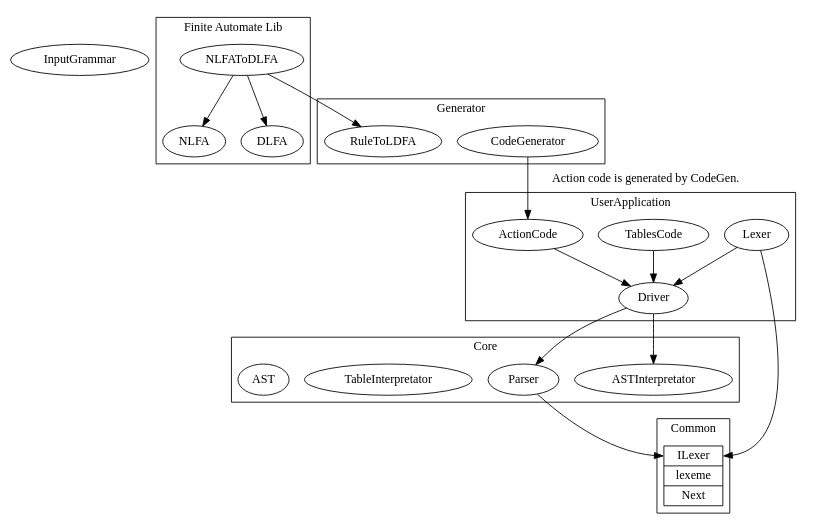
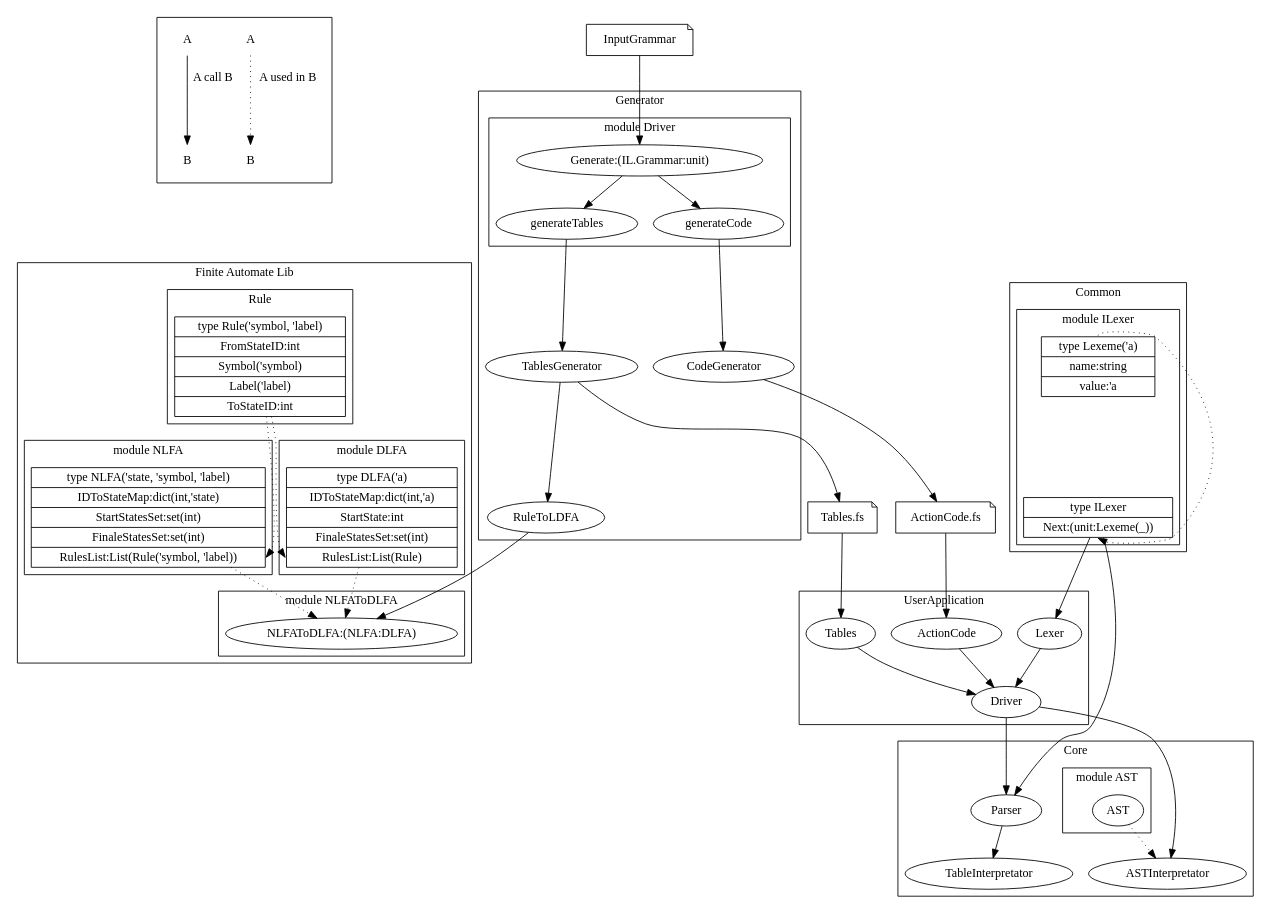
The diagram in Docs/ProjectDocumentation/RACCStructure/structure.dot (YaccConstructor/YaccConstructor), drawn with Graphviz before and after one commit.

```diff
--- a/Docs/ProjectDocumentation/RACCStructure/structure.dot
+++ b/Docs/ProjectDocumentation/RACCStructure/structure.dot
@@ -1,59 +1,143 @@
 digraph RACCStructure
 {        
-        InputGrammar;
+        subgraph cluster_Help
+        {
+                x1 [shape = none, label = "A"];
+                x2 [shape = none, label = "B"];
+                x1 -> x2 [style = dotted, label = " A used in B"];
+                x3 [shape = none, label = "A"];
+                x4 [shape = none, label = "B"];
+//                x5 [shape = none, label = "A"];
+                x3 -> x4 [label = " A call B"];                
+        }
+        
+        InputGrammar [shape = note];
+        f_ActionCode [shape = note, label = "ActionCode.fs"];
+        f_Tables [shape = note, label = "Tables.fs"];
+        //v_ASTTree1 [shape = note, label = "ParseTree"];
+        //v_ASTTree2 [shape = note, label = "ParseTree"];
 
         subgraph cluster_UserApplication
         {
                 label="UserApplication";
-                TablesCode;
+                Tables;
                 ActionCode;
                 Driver;
                 Lexer;
-                TablesCode -> Driver;                      
+                Tables -> Driver;                      
                 ActionCode -> Driver;
                 Lexer -> Driver;
         }
 
-        Lexer -> ILexer:title;
+        ILexer -> Lexer;
         Driver -> Parser;
         Driver -> ASTInterpretator;
         
         subgraph cluster_Generator
         {
-                label="Generator";
-                CodeGenerator;                                
+                label="Generator";                
+                TablesGenerator;
+
+                subgraph cluster_g_Driver
+                {
+                        label = "module Driver";
+                        Generate [label = "Generate:(IL.Grammar:unit)"];
+                        generateCode;
+                        generateTables;
+                        Generate -> generateCode;
+                        Generate -> generateTables;
+                }
+                
+                CodeGenerator;
                 RuleToLDFA;
+                generateCode -> CodeGenerator;
+                generateTables -> TablesGenerator;
+                TablesGenerator -> RuleToLDFA;
         }
-
-        NLFAToDLFA -> RuleToLDFA;        
-        CodeGenerator -> ActionCode [label="Action code is generated by CodeGen."];
+        
+        TablesGenerator -> f_Tables
+        InputGrammar -> Generate;
+        RuleToLDFA -> NLFAToDLFA;        
+        CodeGenerator -> f_ActionCode;
+        f_ActionCode -> ActionCode;
+        f_Tables -> Tables
 
         subgraph cluster_Core
         {
                 label="Core";
                 Parser;
                 ASTInterpretator; 
                 TableInterpretator;
-                AST;               
+                subgraph cluster_AST
+                {
+                        label = "module AST"
+                        AST;
+                }
+                
+                
+                AST -> ASTInterpretator [style = dotted];
+                Parser -> TableInterpretator
         }
 
-        Parser -> ILexer:title;
+        ILexer -> Parser;
         
         subgraph cluster_Common
         {
-                label="Common";                
-                ILexer [  shape = record
-                        , label = "{<title> ILexer | <lexeme> lexeme | <next> Next}"];
+                label="Common";
+
+                subgraph cluster_ILexer
+                {
+                        label = "module ILexer";
+                        ILexer [  shape = record
+                                , label = "{<title> type ILexer | <next> Next:(unit:Lexeme(_))}"];
+                        Lexeme [  shape = record
+                                , label = "{<title> type Lexeme('a) | <l_name>  name:string | <value>  value:'a}"];
+                        Lexeme:title -> ILexer:next [style = dotted];
+                }                
         }
         
         subgraph cluster_FALib
         {
                 label="Finite Automate Lib";
-                NLFA;
-                DLFA;
-                NLFAToDLFA;
-                NLFAToDLFA -> NLFA;
-                NLFAToDLFA -> DLFA;
+
+
+/*subgraph cluster_FA
+{
+label = "module FA";
+}*/
+                subgraph cluster_Rule
+                {
+                        label = "Rule"
+                        Rule[  shape = record
+                             , label = "{<title> type Rule('symbol, 'label) | <from>  FromStateID:int | <symbol>  Symbol('symbol) | <label>  Label('label) | <to> ToStateID:int}"];
+                }
+
+                subgraph cluster_NLFA
+                {
+                        label = "module NLFA";
+                        NLFA [  shape = record
+                              , label = "{ <title> type NLFA('state, 'symbol, 'label) | <IDToStateMap>  IDToStateMap:dict(int,'state) | <startStatesSet>  StartStatesSet:set(int) | <finaleStatesSet>  FinaleStatesSet:set(int) | <rulesList>  RulesList:List(Rule('symbol, 'label))}"];
+                }
+                
+                Rule -> NLFA:rulesList [style = dotted];
+
+                subgraph cluster_DLFA
+                {
+                        label = "module DLFA";
+                        DLFA [  shape = record
+                              , label = "{ <title> type DLFA('a) | <IDToStateMap>  IDToStateMap:dict(int,'a) | <startState>  StartState:int | <finaleStatesSet>  FinaleStatesSet:set(int) | <rulesList>  RulesList:List(Rule)}"];
+                }
+
+                Rule -> DLFA:rulesList [style = dotted];
+
+                subgraph cluster_NLFAToDLFA
+                {
+                        label = "module NLFAToDLFA";
+                        NLFAToDLFA [label = "NLFAToDLFA:(NLFA:DLFA)"];
+                }
+
+                NLFA -> NLFAToDLFA [style = dotted];
+                DLFA -> NLFAToDLFA [style = dotted];
         }
 
 }
```
